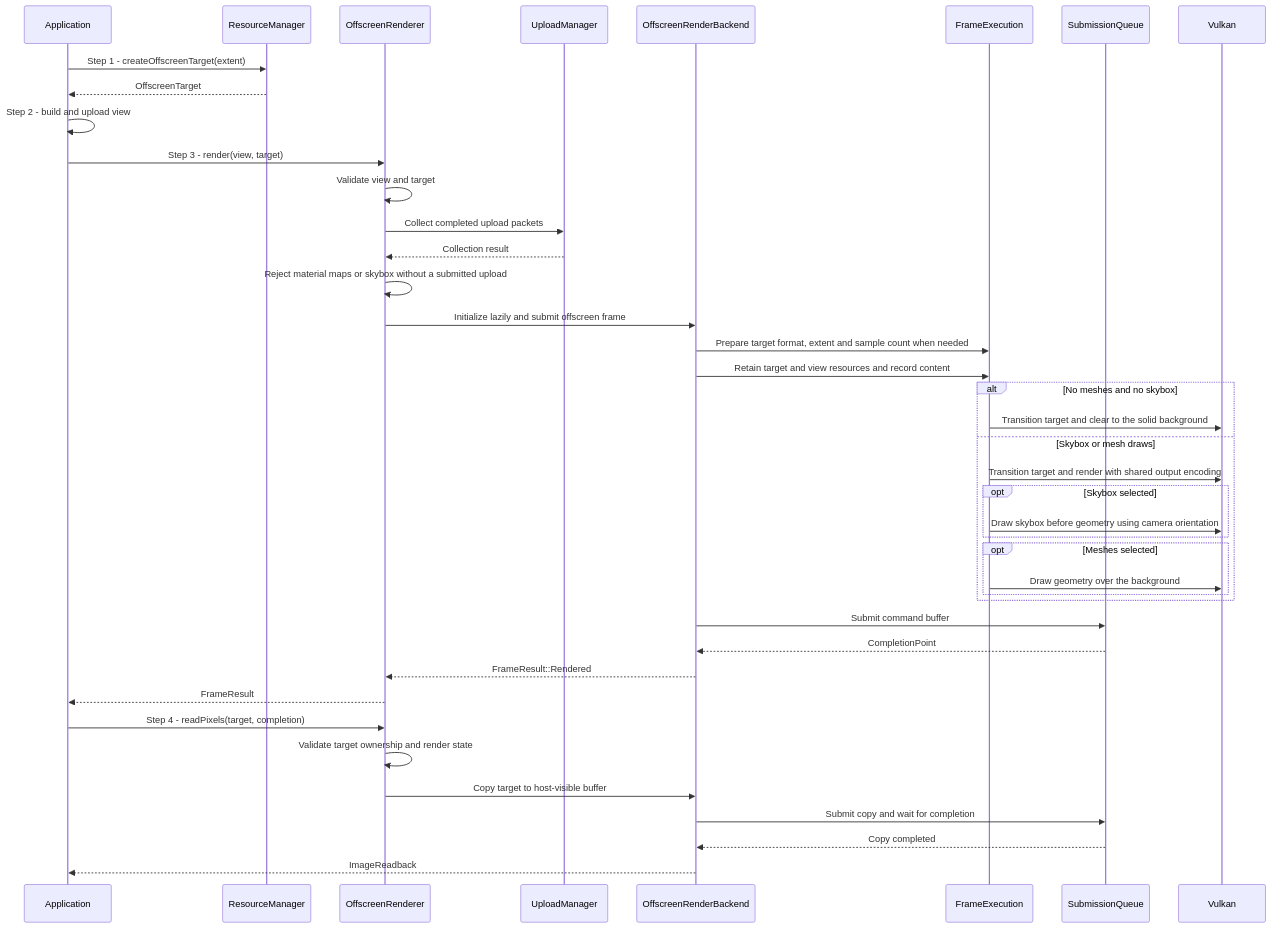
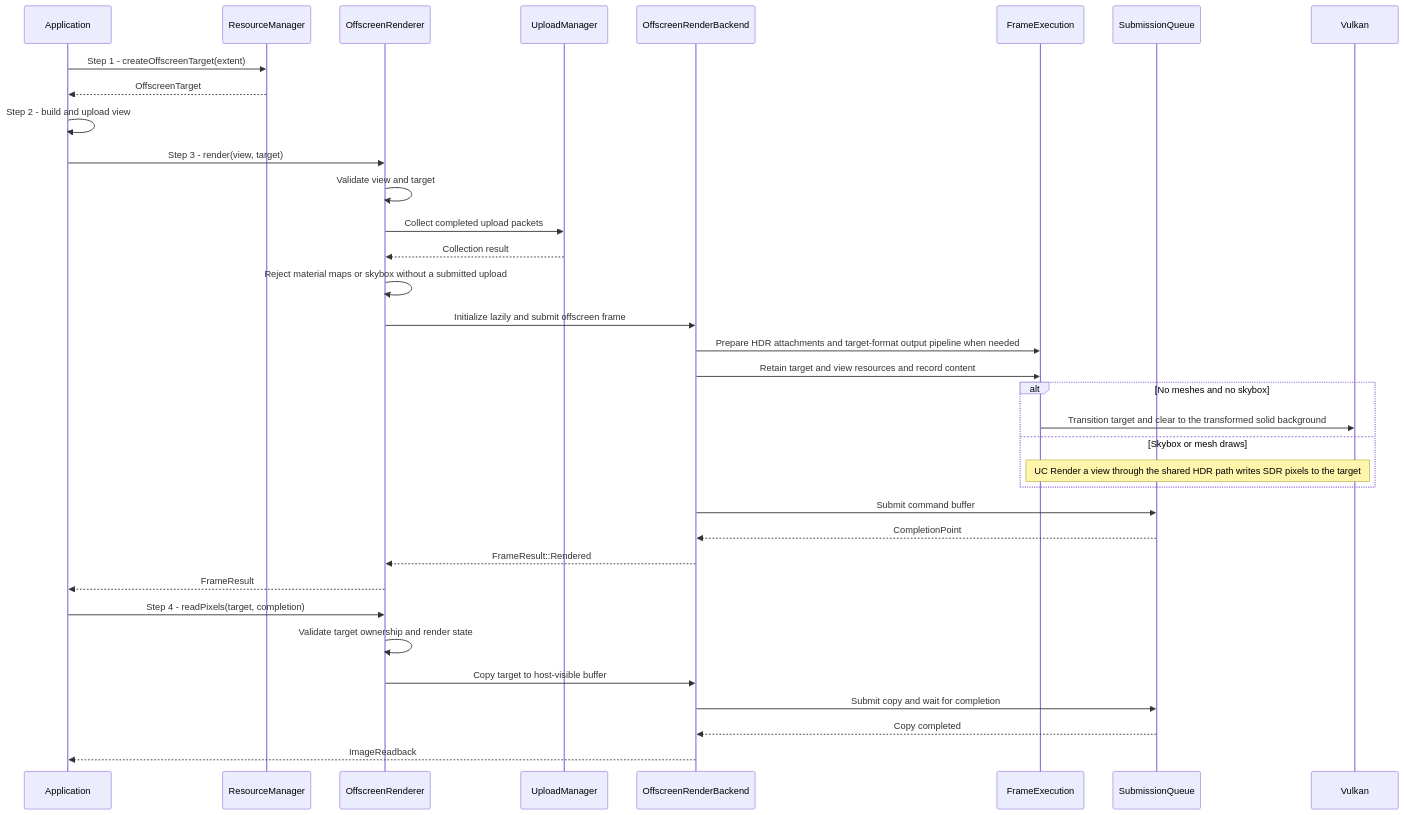
Before and after one commit to a-soltysik/Panda: the diagram in docs/use-cases/render-offscreen-view.md, drawn with Mermaid. The commit also changed other lines of this file and 41 other files, not shown here.

First line of the commit message:
Add a shared HDR render path for window and offscreen views (#139)

````diff
--- a/docs/use-cases/render-offscreen-view.md
+++ b/docs/use-cases/render-offscreen-view.md
@@ -40,43 +41,37 @@
 ```mermaid
 sequenceDiagram
     participant A as Application
     participant M as ResourceManager
     participant R as OffscreenRenderer
     participant U as UploadManager
     participant O as OffscreenRenderBackend
     participant E as FrameExecution
     participant Q as SubmissionQueue
     participant V as Vulkan
     A->>M: Step 1 - createOffscreenTarget(extent)
     M-->>A: OffscreenTarget
     A->>A: Step 2 - build and upload view
     A->>R: Step 3 - render(view, target)
     R->>R: Validate view and target
     R->>U: Collect completed upload packets
     U-->>R: Collection result
     R->>R: Reject material maps or skybox without a submitted upload
     R->>O: Initialize lazily and submit offscreen frame
-    O->>E: Prepare target format, extent and sample count when needed
+    O->>E: Prepare HDR attachments and target-format output pipeline when needed
     O->>E: Retain target and view resources and record content
     alt No meshes and no skybox
-        E->>V: Transition target and clear to the solid background
+        E->>V: Transition target and clear to the transformed solid background
     else Skybox or mesh draws
-        E->>V: Transition target and render with shared output encoding
-        opt Skybox selected
-            E->>V: Draw skybox before geometry using camera orientation
-        end
-        opt Meshes selected
-            E->>V: Draw geometry over the background
-        end
+        Note over E,V: UC Render a view through the shared HDR path writes SDR pixels to the target
     end
     O->>Q: Submit command buffer
     Q-->>O: CompletionPoint
     O-->>R: FrameResult::Rendered
     R-->>A: FrameResult
     A->>R: Step 4 - readPixels(target, completion)
     R->>R: Validate target ownership and render state
     R->>O: Copy target to host-visible buffer
     O->>Q: Submit copy and wait for completion
     Q-->>O: Copy completed
     O-->>A: ImageReadback
 ```
````
